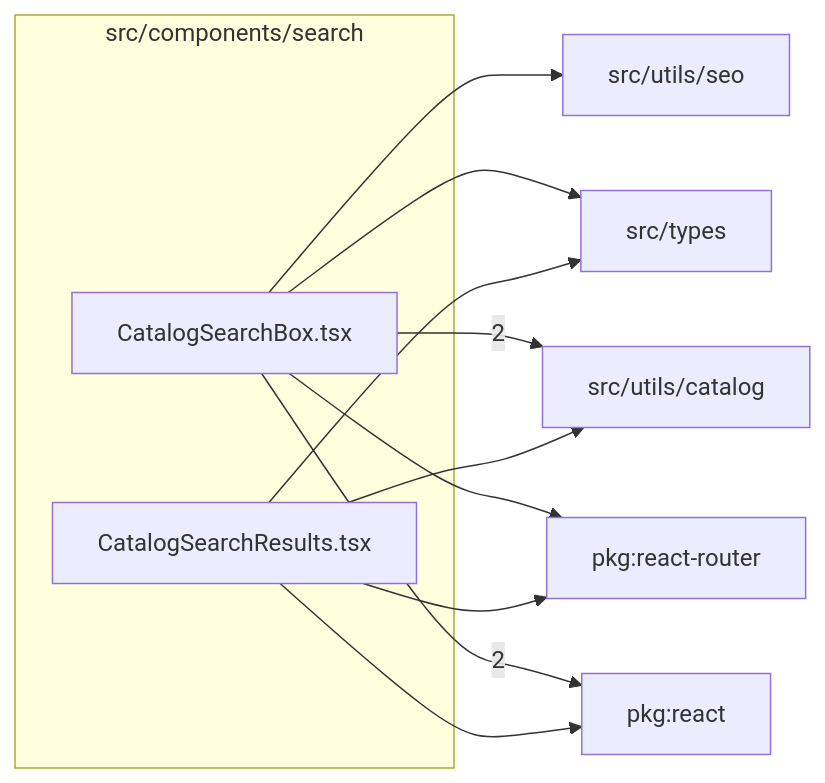
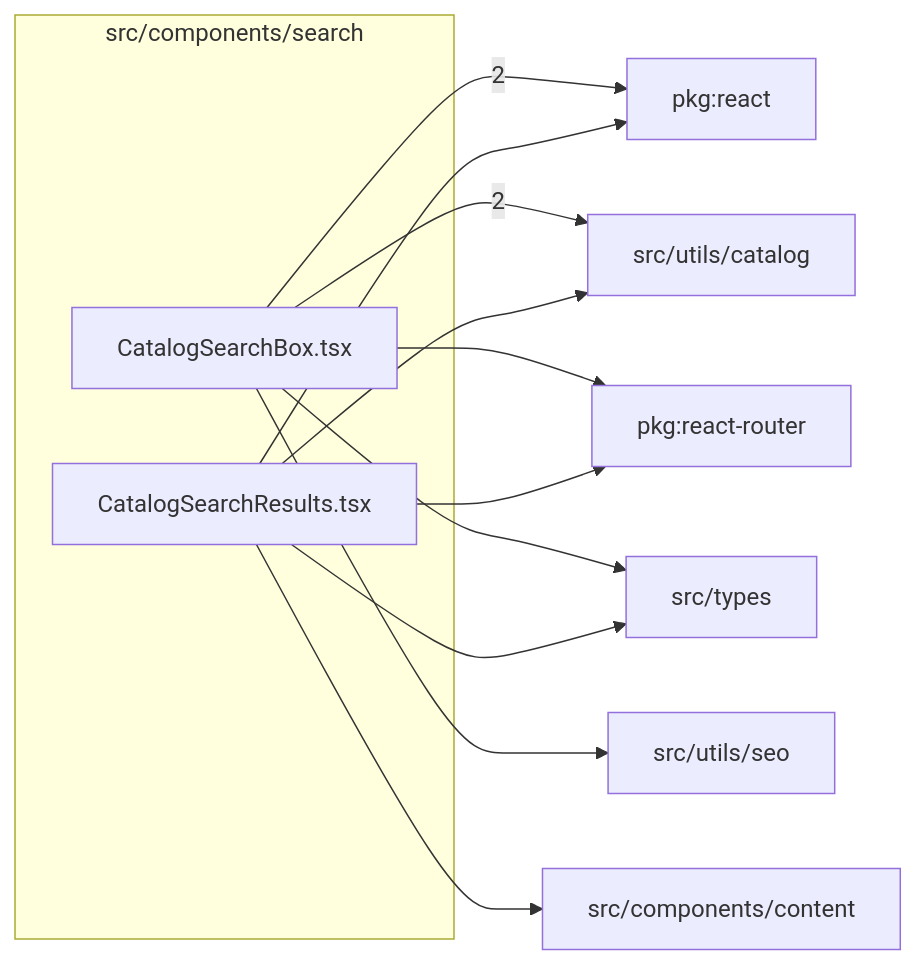
One commit to ronbuening/LensVisualizer changed the diagram in src/components/search/readme.md. Above: the diagram before and after it, drawn with Mermaid. The commit also changed other lines of this file and 15 other files, not shown here.

````diff
--- a/src/components/search/readme.md
+++ b/src/components/search/readme.md
@@ -9,21 +9,23 @@
 ```mermaid
 flowchart LR
   subgraph n_src_components_search["src/components/search"]
     n_src_components_search_src_components_search_CatalogSearchBox_tsx["CatalogSearchBox.tsx"]
     n_src_components_search_src_components_search_CatalogSearchResults_tsx["CatalogSearchResults.tsx"]
   end
   n_external_pkg_react["pkg:react"]
   n_external_src_utils_catalog["src/utils/catalog"]
   n_external_pkg_react_router["pkg:react-router"]
+  n_external_src_components_content["src/components/content"]
   n_external_src_types["src/types"]
   n_external_src_utils_seo["src/utils/seo"]
   n_src_components_search_src_components_search_CatalogSearchBox_tsx --> |2| n_external_pkg_react
   n_src_components_search_src_components_search_CatalogSearchBox_tsx --> |2| n_external_src_utils_catalog
   n_src_components_search_src_components_search_CatalogSearchResults_tsx --> n_external_pkg_react
   n_src_components_search_src_components_search_CatalogSearchBox_tsx --> n_external_pkg_react_router
   n_src_components_search_src_components_search_CatalogSearchResults_tsx --> n_external_pkg_react_router
+  n_src_components_search_src_components_search_CatalogSearchResults_tsx --> n_external_src_components_content
   n_src_components_search_src_components_search_CatalogSearchBox_tsx --> n_external_src_types
   n_src_components_search_src_components_search_CatalogSearchResults_tsx --> n_external_src_types
   n_src_components_search_src_components_search_CatalogSearchResults_tsx --> n_external_src_utils_catalog
   n_src_components_search_src_components_search_CatalogSearchBox_tsx --> n_external_src_utils_seo
 ```
````
